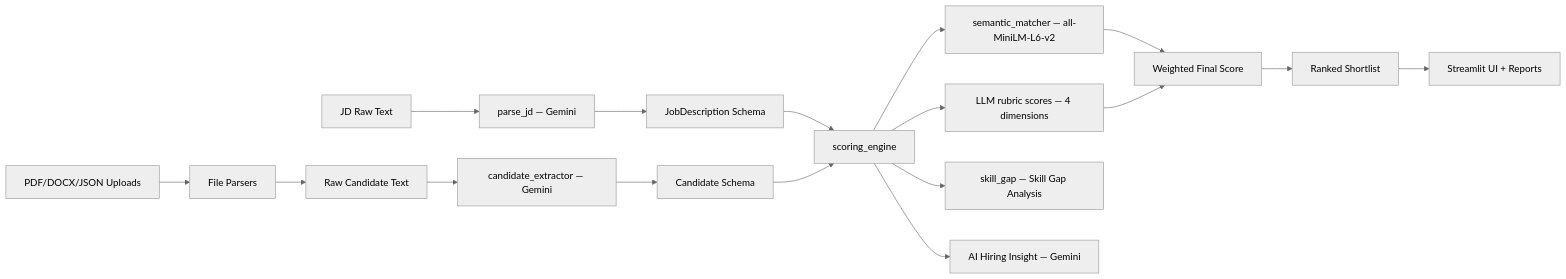
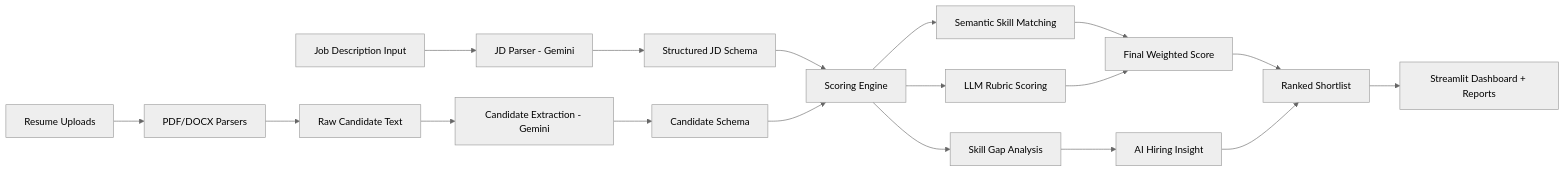
Before and after one commit to watdasouvikdoin/HireU-AI-Resume-Analyzer: the diagram in README.md, drawn with Mermaid (neutral theme). The commit also changed other lines of this file, not shown here.

````diff
--- a/README.md
+++ b/README.md
@@ -27,21 +108,28 @@
 ```mermaid
 flowchart LR
-  A[JD Raw Text] --> B[parse_jd — Gemini]
-  B --> C[JobDescription Schema]
+  A[Job Description Input] --> B[JD Parser - Gemini]
+  B --> C[Structured JD Schema]
 
-  D[PDF/DOCX/JSON Uploads] --> E[File Parsers]
+  D[Resume Uploads] --> E[PDF/DOCX Parsers]
   E --> F[Raw Candidate Text]
-  F --> H[candidate_extractor — Gemini]
-  H --> I[Candidate Schema]
 
-  C --> J[scoring_engine]
-  I --> J
-  J --> K[semantic_matcher — all-MiniLM-L6-v2]
-  J --> L[LLM rubric scores — 4 dimensions]
-  J --> SG[skill_gap — Skill Gap Analysis]
-  J --> AI[AI Hiring Insight — Gemini]
-  K --> M[Weighted Final Score]
-  L --> M
-  M --> N[Ranked Shortlist]
-  N --> O[Streamlit UI + Reports]
+  F --> G[Candidate Extraction - Gemini]
+  G --> H[Candidate Schema]
+
+  C --> I[Scoring Engine]
+  H --> I
+
+  I --> J[Semantic Skill Matching]
+  I --> K[LLM Rubric Scoring]
+  I --> L[Skill Gap Analysis]
+
+  J --> M[Final Weighted Score]
+  K --> M
+
+  L --> N[AI Hiring Insight]
+
+  M --> O[Ranked Shortlist]
+  N --> O
+
+  O --> P[Streamlit Dashboard + Reports]
 ```
````
